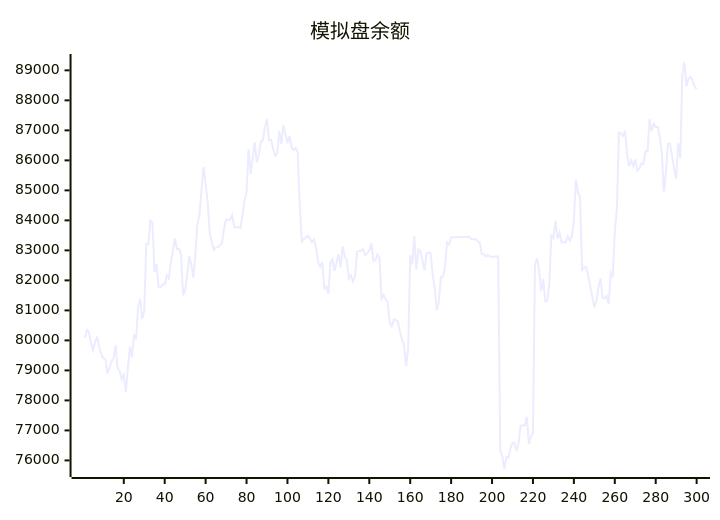
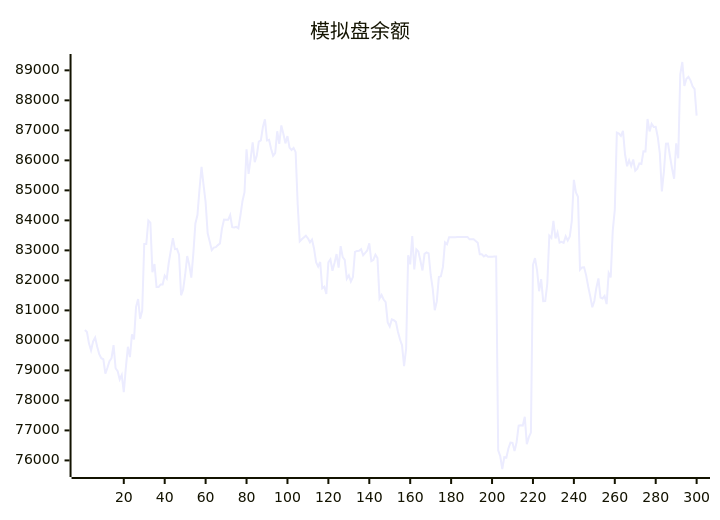
Before and after one commit to aahl/ai-trading: the diagram in README.md, drawn with Mermaid. The commit also changed other lines of this file and 1 other file, not shown here.

````diff
--- a/README.md
+++ b/README.md
@@ -5,5 +5,5 @@
 ```mermaid
 xychart
     title "模拟盘余额"
-    line [80081,80348,80277,79894,79670,79965,80093,79786,79542,79406,79371,78893,79087,79304,79406,79841,79072,78978,78696,78846,78272,79085,79787,79442,80198,80031,81120,81379,80718,80985,83214,83212,83993,83921,82270,82547,81776,81776,81866,81866,82158,82061,82596,83000,83408,83041,83050,82858,81503,81691,82188,82812,82517,82092,82901,83898,84180,85030,85781,85178,84604,83569,83298,83008,83093,83107,83175,83228,83729,84025,84017,84019,84177,83775,83762,83785,83738,84160,84639,84939,86370,85548,86046,86599,85942,86161,86622,86664,87115,87369,86666,86685,86384,86152,86243,86969,86548,87164,86885,86566,86809,86427,86348,86417,86273,84538,83299,83369,83430,83490,83404,83270,83362,83056,82605,82459,82614,81734,81788,81551,82598,82702,82320,82580,82878,82426,83139,82778,82686,82056,82166,81963,82110,82951,82983,82984,83038,82838,82915,82998,83235,82642,82682,82858,82746,81396,81512,81362,81277,80600,80461,80699,80673,80616,80288,80038,79836,79142,79722,82837,82533,83480,82366,83032,82960,82654,82330,82883,82934,82901,82188,81728,81005,81298,82110,82135,82449,83264,83203,83440,83439,83440,83440,83446,83447,83448,83447,83448,83449,83369,83369,83369,83313,83256,82872,82873,82801,82844,82785,82791,82791,82793,82794,76339,76145,75714,76110,76096,76397,76594,76585,76310,76607,77160,77170,77160,77456,76541,76774,76927,82520,82744,82337,81639,82040,81307,81314,81887,83490,83414,83984,83396,83594,83261,83287,83253,83470,83327,83465,83987,85348,84930,84786,82355,82433,82438,82167,81795,81466,81105,81315,81756,82064,81426,81398,81481,81210,82242,82099,83658,84359,86925,86892,86814,86980,86203,85802,86003,85811,86028,85657,85721,85896,85880,86300,86299,87378,86965,87214,87115,87118,86780,86238,84966,85623,86555,86562,86129,85722,85387,86569,86070,88870,89278,88477,88720,88781,88668,88467,88372]
+    line [80348,80277,79894,79670,79965,80093,79786,79542,79406,79371,78893,79087,79304,79406,79841,79072,78978,78696,78846,78272,79085,79787,79442,80198,80031,81120,81379,80718,80985,83214,83212,83993,83921,82270,82547,81776,81776,81866,81866,82158,82061,82596,83000,83408,83041,83050,82858,81503,81691,82188,82812,82517,82092,82901,83898,84180,85030,85781,85178,84604,83569,83298,83008,83093,83107,83175,83228,83729,84025,84017,84019,84177,83775,83762,83785,83738,84160,84639,84939,86370,85548,86046,86599,85942,86161,86622,86664,87115,87369,86666,86685,86384,86152,86243,86969,86548,87164,86885,86566,86809,86427,86348,86417,86273,84538,83299,83369,83430,83490,83404,83270,83362,83056,82605,82459,82614,81734,81788,81551,82598,82702,82320,82580,82878,82426,83139,82778,82686,82056,82166,81963,82110,82951,82983,82984,83038,82838,82915,82998,83235,82642,82682,82858,82746,81396,81512,81362,81277,80600,80461,80699,80673,80616,80288,80038,79836,79142,79722,82837,82533,83480,82366,83032,82960,82654,82330,82883,82934,82901,82188,81728,81005,81298,82110,82135,82449,83264,83203,83440,83439,83440,83440,83446,83447,83448,83447,83448,83449,83369,83369,83369,83313,83256,82872,82873,82801,82844,82785,82791,82791,82793,82794,76339,76145,75714,76110,76096,76397,76594,76585,76310,76607,77160,77170,77160,77456,76541,76774,76927,82520,82744,82337,81639,82040,81307,81314,81887,83490,83414,83984,83396,83594,83261,83287,83253,83470,83327,83465,83987,85348,84930,84786,82355,82433,82438,82167,81795,81466,81105,81315,81756,82064,81426,81398,81481,81210,82242,82099,83658,84359,86925,86892,86814,86980,86203,85802,86003,85811,86028,85657,85721,85896,85880,86300,86299,87378,86965,87214,87115,87118,86780,86238,84966,85623,86555,86562,86129,85722,85387,86569,86070,88870,89278,88477,88720,88781,88668,88467,88372,87493]
 ```
````
